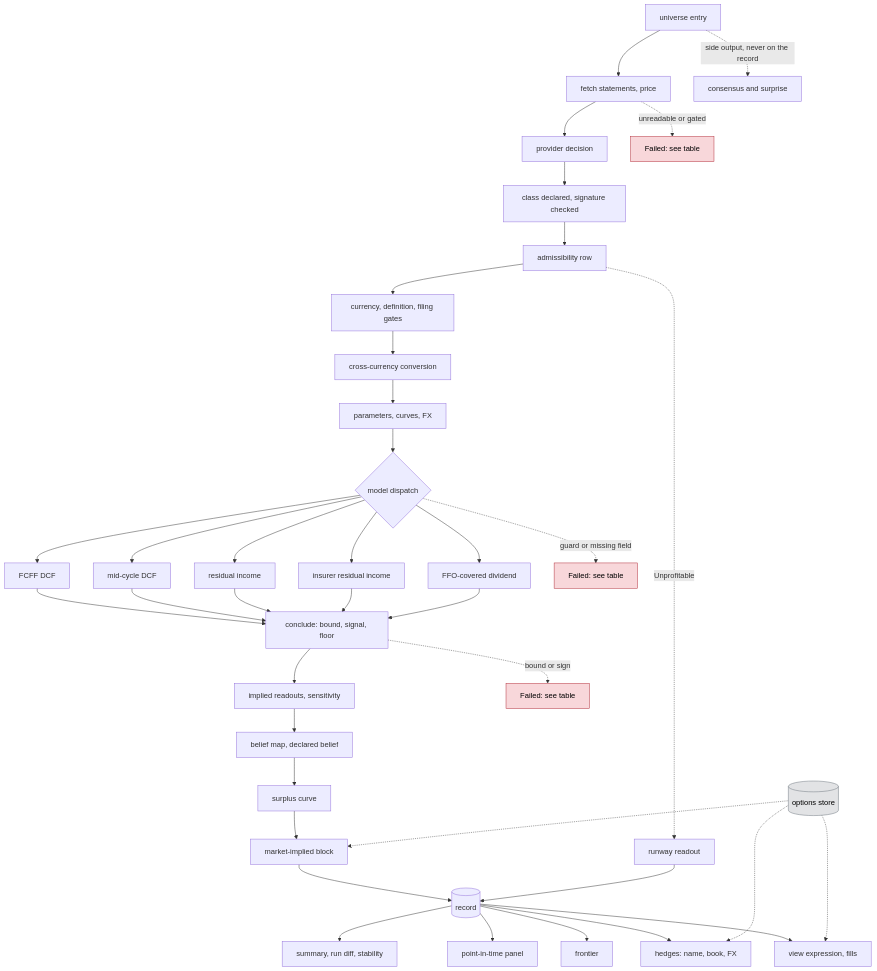
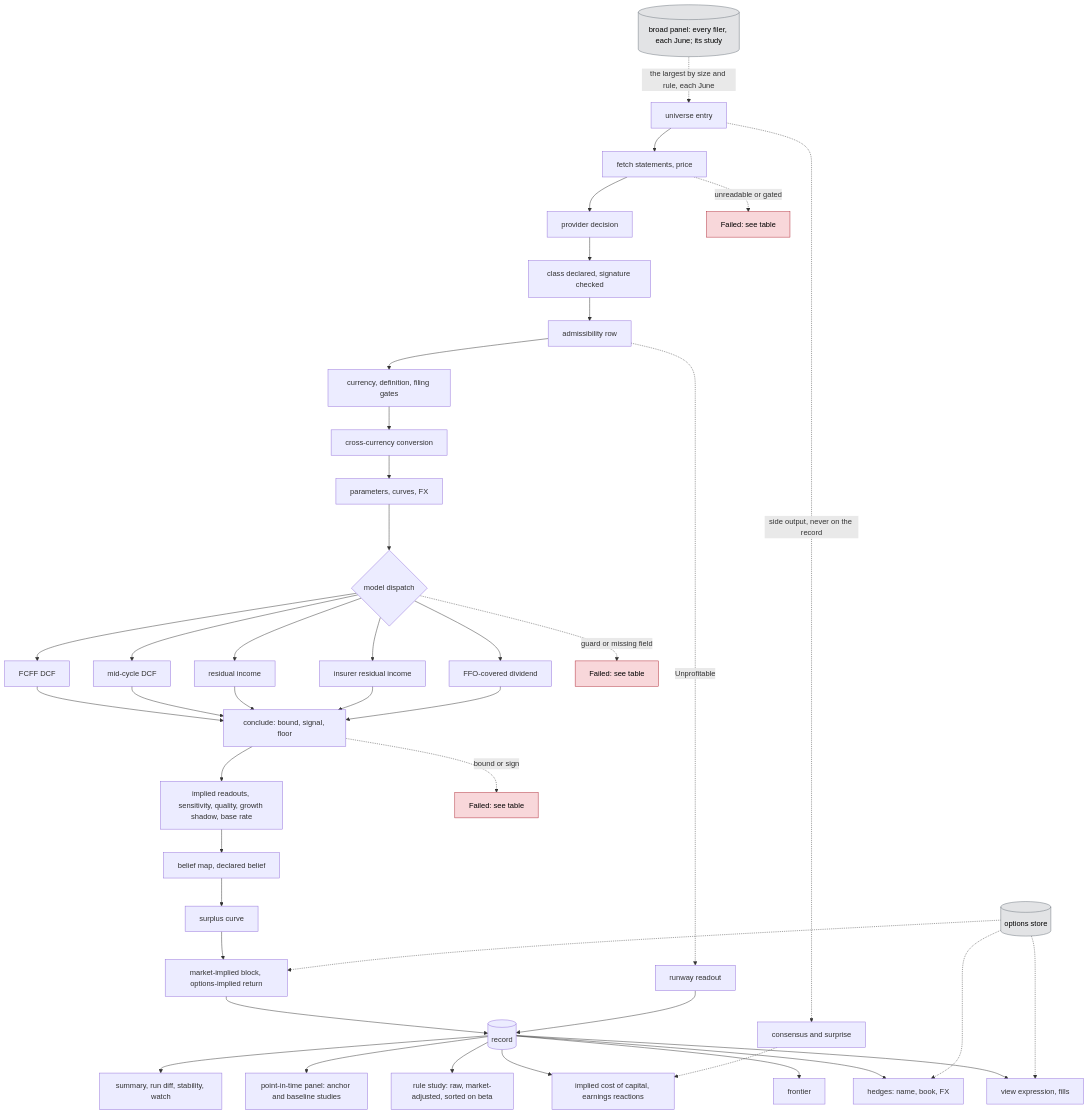
The diagram in docs/flow.mmd (cb-g/atemoya), drawn with Mermaid before and after one commit. The commit also changed 2 other files, not shown here.

Commit message:
the chart catches up with the tools: docs/flow.mmd and docs/flow.svg had not been drawn since the second of October, and since then the record gained quality, the growth shadow and the base rate among its readouts and the options-implied return in its market-implied block, and beside it came watch, the implied cost of capital, the earnings reactions, the broad panel with its study and the rule panel with its study in three readings, raw, market-adjusted and sorted on beta; the chart now draws them where they hang, the readouts in their node, watch beside the run outputs, the rule study and the implied cost off the record, the broad panel as a store that feeds the universe its largest names by rule each June, and the consensus feeding the implied cost; stages, models and Failed terminals are as they were; rendered as docs/flow.md says, through mermaid-cli under npx against the cached headless browser, with the two configuration files written to a scratch directory for the run and nothing added to the project; docs/flow.md carries the changelog entry; a documentation change: no record moves and there is no new Failed string

```diff
--- a/docs/flow.mmd
+++ b/docs/flow.mmd
@@ -1,43 +1,47 @@
 %% Stages only: reasoning lives in docs/flow.md, every Failed string in its table.
 flowchart TD
   U[universe entry] --> F[fetch statements, price]
   F --> P[provider decision]
   P --> D[class declared, signature checked]
   D --> A[admissibility row]
   A --> G[currency, definition, filing gates]
   G --> X[cross-currency conversion]
   X --> R[parameters, curves, FX]
   R --> M{model dispatch}
   M --> DCF[FCFF DCF]
   M --> MID[mid-cycle DCF]
   M --> RI[residual income]
   M --> INS[insurer residual income]
   M --> REIT[FFO-covered dividend]
   DCF --> C[conclude: bound, signal, floor]
   MID --> C
   RI --> C
   INS --> C
   REIT --> C
-  C --> RO[implied readouts, sensitivity]
+  C --> RO[implied readouts, sensitivity, quality, growth shadow, base rate]
   RO --> B[belief map, declared belief]
   B --> SC[surplus curve]
-  SC --> MK[market-implied block]
+  SC --> MK[market-implied block, options-implied return]
   MK --> REC[(record)]
-  REC --> OUT[summary, run diff, stability]
-  REC --> PAN[point-in-time panel]
+  REC --> OUT[summary, run diff, stability, watch]
+  REC --> PAN[point-in-time panel: anchor and baseline studies]
+  REC --> RS[rule study: raw, market-adjusted, sorted on beta]
+  REC --> IC[implied cost of capital, earnings reactions]
   REC --> FR[frontier]
   REC --> H[hedges: name, book, FX]
   REC --> V[view expression, fills]
   ST[(options store)] -.-> MK
   ST -.-> H
   ST -.-> V
   F -. "unreadable or gated" .-> FF1[Failed: see table]
   M -. "guard or missing field" .-> FF2[Failed: see table]
   A -. "Unprofitable" .-> RW[runway readout]
   RW --> REC
   U -. "side output, never on the record" .-> CS[consensus and surprise]
+  CS -.-> IC
+  BP[(broad panel: every filer, each June; its study)] -. "the largest by size and rule, each June" .-> U
   C -. "bound or sign" .-> FF3[Failed: see table]
   classDef failed fill:#f8d7da,stroke:#b02a37,color:#000
   classDef store fill:#e2e3e5,stroke:#6c757d,color:#000
   class FF1,FF2,FF3 failed
-  class ST store
+  class ST,BP store
```
